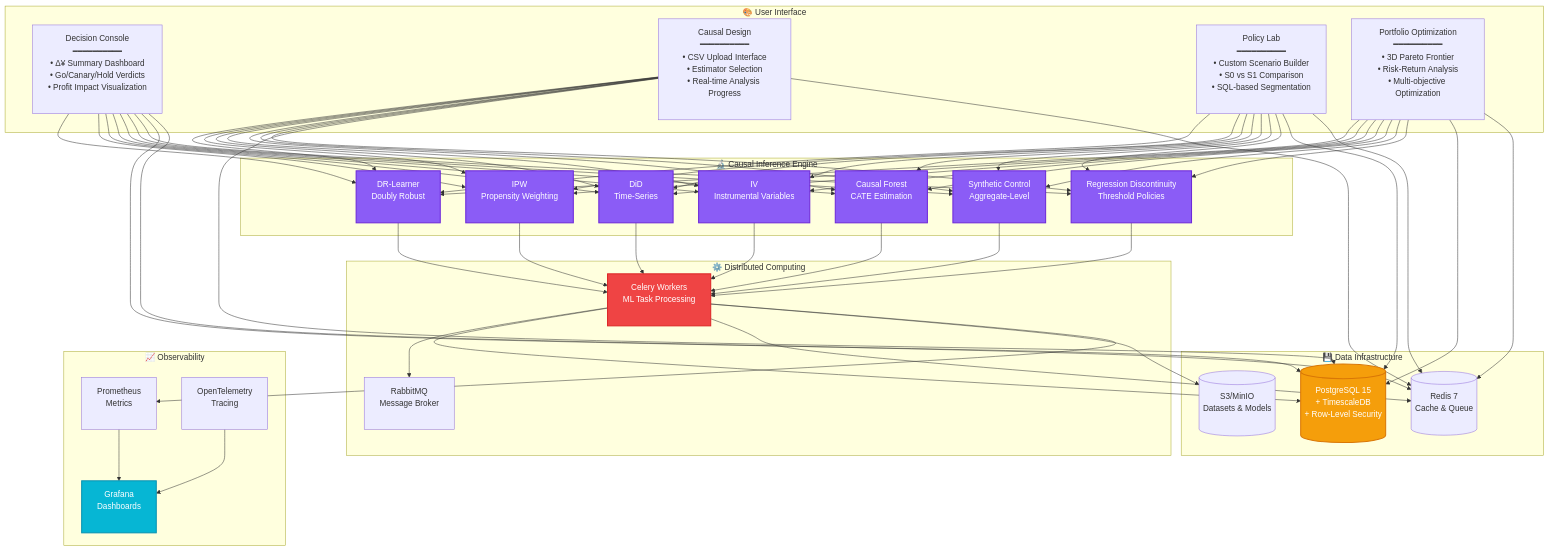
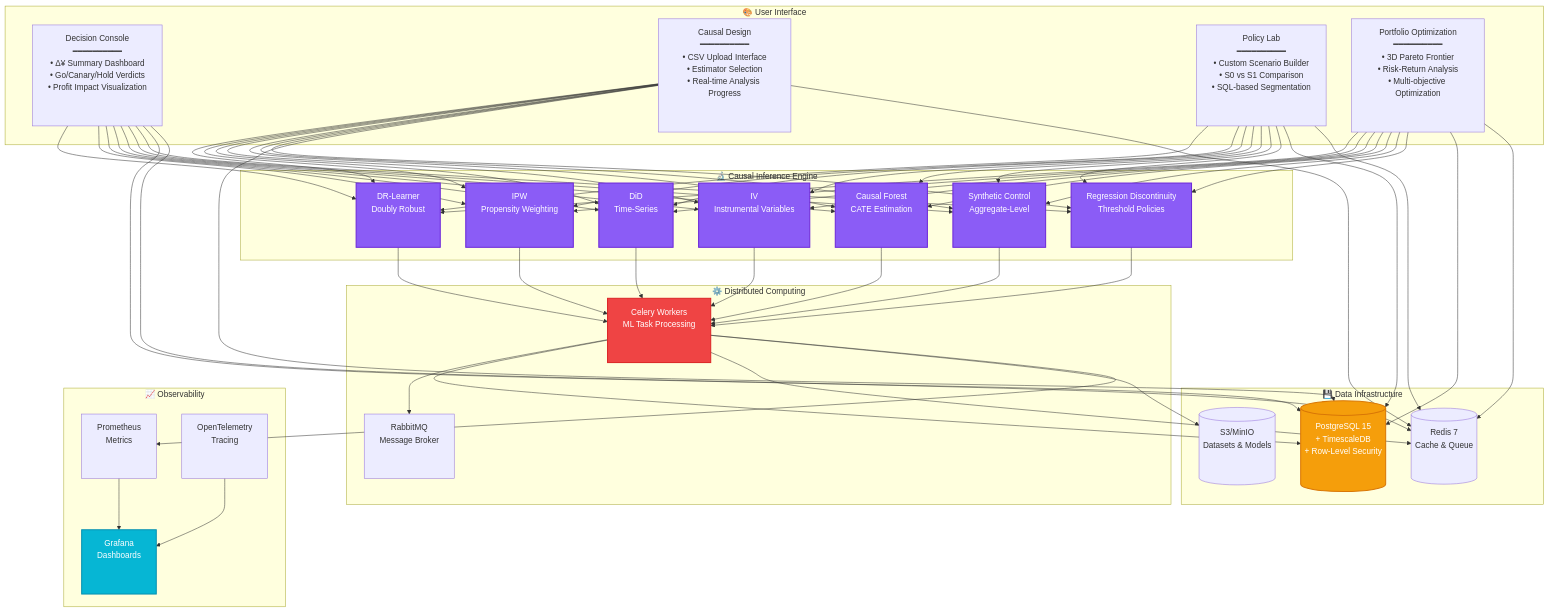
Before and after one commit to onodera22ten/CQOx_gen: the second of 6 diagrams in README_en.md, drawn with Mermaid. The commit also changed other lines of this file, not shown here.

````diff
--- a/README_en.md
+++ b/README_en.md
@@ -16,56 +303,56 @@
 ```mermaid
 graph TB
     subgraph "🎨 User Interface"
-        DC[Decision Console<br/>━━━━━━━━━━<br/>• Δ¥ Summary Dashboard<br/>• Go/Canary/Hold Verdicts<br/>• Profit Impact Visualization<br/> <br/> ]
-        CD[Causal Design<br/>━━━━━━━━━━<br/>• CSV Upload Interface<br/>• Estimator Selection<br/>• Real-time Analysis Progress<br/> <br/> ]
-        PL[Policy Lab<br/>━━━━━━━━━━<br/>• Custom Scenario Builder<br/>• S0 vs S1 Comparison<br/>• SQL-based Segmentation<br/> <br/> ]
-        PO[Portfolio Optimization<br/>━━━━━━━━━━<br/>• 3D Pareto Frontier<br/>• Risk-Return Analysis<br/>• Multi-objective Optimization<br/> <br/> ]
+        DC[Decision Console<br/>━━━━━━━━━━<br/>• Δ¥ Summary Dashboard<br/>• Go/Canary/Hold Verdicts<br/>• Profit Impact Visualization<br/> <br/> <br/> ]
+        CD[Causal Design<br/>━━━━━━━━━━<br/>• CSV Upload Interface<br/>• Estimator Selection<br/>• Real-time Analysis Progress<br/> <br/> <br/> ]
+        PL[Policy Lab<br/>━━━━━━━━━━<br/>• Custom Scenario Builder<br/>• S0 vs S1 Comparison<br/>• SQL-based Segmentation<br/> <br/> <br/> ]
+        PO[Portfolio Optimization<br/>━━━━━━━━━━<br/>• 3D Pareto Frontier<br/>• Risk-Return Analysis<br/>• Multi-objective Optimization<br/> <br/> <br/> ]
     end
 
     subgraph "🔬 Causal Inference Engine"
-        DR[DR-Learner<br/>Doubly Robust<br/> <br/> ]
-        IPW[IPW<br/>Propensity Weighting<br/> <br/> ]
-        DiD[DiD<br/>Time-Series<br/> <br/> ]
-        IV[IV<br/>Instrumental Variables<br/> <br/> ]
-        CF[Causal Forest<br/>CATE Estimation<br/> <br/> ]
-        SCM[Synthetic Control<br/>Aggregate-Level<br/> <br/> ]
-        RD[Regression Discontinuity<br/>Threshold Policies<br/> <br/> ]
+        DR[DR-Learner<br/>Doubly Robust<br/> <br/> <br/> ]
+        IPW[IPW<br/>Propensity Weighting<br/> <br/> <br/> ]
+        DiD[DiD<br/>Time-Series<br/> <br/> <br/> ]
+        IV[IV<br/>Instrumental Variables<br/> <br/> <br/> ]
+        CF[Causal Forest<br/>CATE Estimation<br/> <br/> <br/> ]
+        SCM[Synthetic Control<br/>Aggregate-Level<br/> <br/> <br/> ]
+        RD[Regression Discontinuity<br/>Threshold Policies<br/> <br/> <br/> ]
     end
 
     subgraph "💾 Data Infrastructure"
-        PG[(PostgreSQL 15<br/>+ TimescaleDB<br/>+ Row-Level Security<br/> <br/> )]
-        Redis[(Redis 7<br/>Cache & Queue<br/> <br/> )]
-        S3[(S3/MinIO<br/>Datasets & Models<br/> <br/> )]
+        PG[(PostgreSQL 15<br/>+ TimescaleDB<br/>+ Row-Level Security<br/> <br/> <br/> )]
+        Redis[(Redis 7<br/>Cache & Queue<br/> <br/> <br/> )]
+        S3[(S3/MinIO<br/>Datasets & Models<br/> <br/> <br/> )]
     end
 
     subgraph "⚙️ Distributed Computing"
-        Celery[Celery Workers<br/>ML Task Processing<br/> <br/> ]
-        RabbitMQ[RabbitMQ<br/>Message Broker<br/> <br/> ]
+        Celery[Celery Workers<br/>ML Task Processing<br/> <br/> <br/> ]
+        RabbitMQ[RabbitMQ<br/>Message Broker<br/> <br/> <br/> ]
     end
 
     subgraph "📈 Observability"
-        Prom[Prometheus<br/>Metrics<br/> <br/> ]
-        Graf[Grafana<br/>Dashboards<br/> <br/> ]
-        OTel[OpenTelemetry<br/>Tracing<br/> <br/> ]
+        Prom[Prometheus<br/>Metrics<br/> <br/> <br/> ]
+        Graf[Grafana<br/>Dashboards<br/> <br/> <br/> ]
+        OTel[OpenTelemetry<br/>Tracing<br/> <br/> <br/> ]
     end
 
     DC & CD & PL & PO --> DR & IPW & DiD & IV & CF & SCM & RD
     DR & IPW & DiD & IV & CF & SCM & RD --> Celery
     Celery --> RabbitMQ
     Celery --> PG & Redis & S3
     DC & CD & PL & PO --> PG & Redis
     Celery --> Prom
     Prom --> Graf
     OTel --> Graf
 
     style DR fill:#8b5cf6,stroke:#6d28d9,color:#fff,stroke-width:2px
     style IPW fill:#8b5cf6,stroke:#6d28d9,color:#fff,stroke-width:2px
     style DiD fill:#8b5cf6,stroke:#6d28d9,color:#fff,stroke-width:2px
     style IV fill:#8b5cf6,stroke:#6d28d9,color:#fff,stroke-width:2px
     style CF fill:#8b5cf6,stroke:#6d28d9,color:#fff,stroke-width:2px
     style SCM fill:#8b5cf6,stroke:#6d28d9,color:#fff,stroke-width:2px
     style RD fill:#8b5cf6,stroke:#6d28d9,color:#fff,stroke-width:2px
     style PG fill:#f59e0b,stroke:#d97706,color:#fff,stroke-width:2px
     style Celery fill:#ef4444,stroke:#dc2626,color:#fff,stroke-width:2px
     style Graf fill:#06b6d4,stroke:#0891b2,color:#fff,stroke-width:2px
 ```
````
